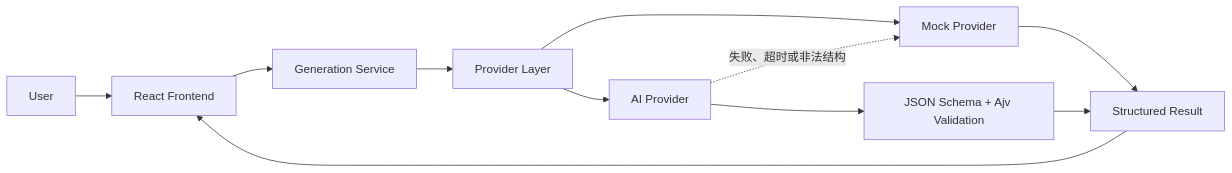
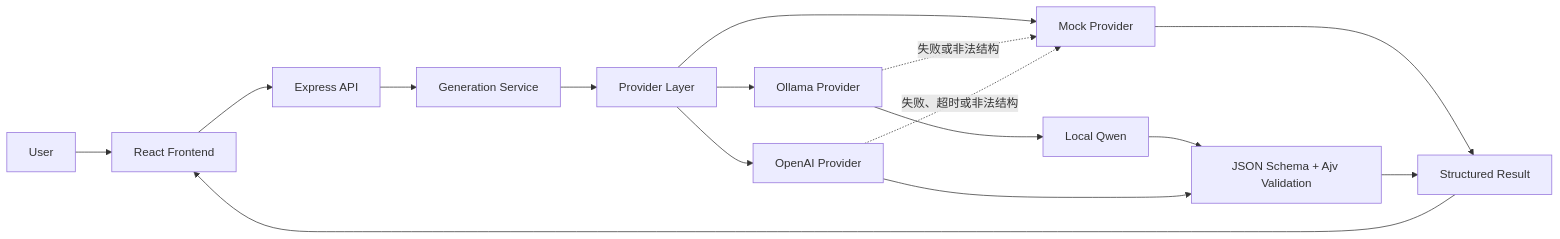
One commit to jamesyu200704-star/NewsPilot-AI changed the diagram in README.md. Above: the diagram before and after it, drawn with Mermaid. The commit also changed other lines of this file and 38 other files, not shown here.

```diff
--- a/README.md
+++ b/README.md
@@ -67,13 +68,18 @@
 ~~~mermaid
 flowchart LR
     U["User"] --> F["React Frontend"]
-    F --> G["Generation Service"]
+    F --> E["Express API"]
+    E --> G["Generation Service"]
     G --> P["Provider Layer"]
     P --> M["Mock Provider"]
-    P --> A["AI Provider"]
+    P --> O["Ollama Provider"]
+    P --> A["OpenAI Provider"]
     M --> R["Structured Result"]
+    O --> Q["Local Qwen"]
+    Q --> V["JSON Schema + Ajv Validation"]
     A --> V["JSON Schema + Ajv Validation"]
     V --> R
+    O -. "失败或非法结构" .-> M
     A -. "失败、超时或非法结构" .-> M
     R --> F
 ~~~
```
